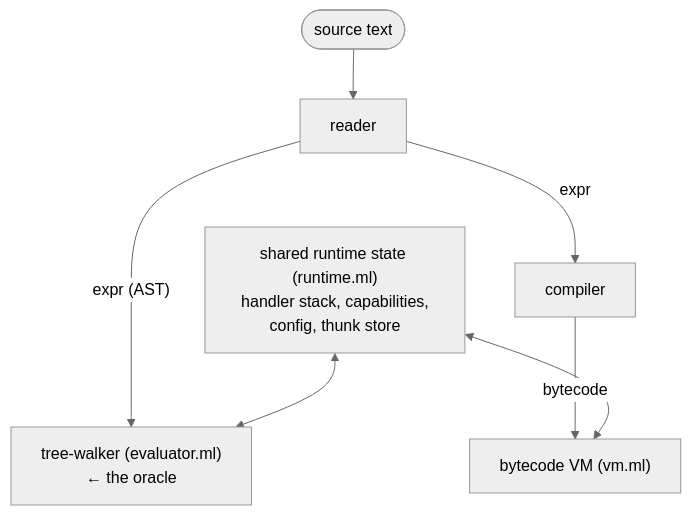
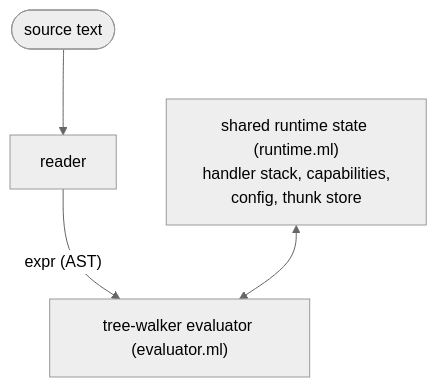
One commit to pranavra0/pp changed the diagram in docs/ARCHITECTURE.md. Above: the diagram before and after it, drawn with Mermaid (neutral theme). The commit also changed other lines of this file and 109 other files, not shown here.

````diff
--- a/docs/ARCHITECTURE.md
+++ b/docs/ARCHITECTURE.md
@@ -10,16 +10,11 @@
 ```mermaid
 flowchart TD
     src([source text])
     reader[reader]
-    walker["tree-walker (evaluator.ml)<br/>← the oracle"]
+    walker["tree-walker evaluator (evaluator.ml)"]
     runtime["shared runtime state (runtime.ml)<br/>handler stack, capabilities,<br/>config, thunk store"]
-    compiler[compiler]
-    vm["bytecode VM (vm.ml)"]
 
     src --> reader
     reader -- "expr (AST)" --> walker
-    reader -- expr --> compiler
-    compiler -- bytecode --> vm
     runtime <--> walker
-    runtime <--> vm
 ```
````
